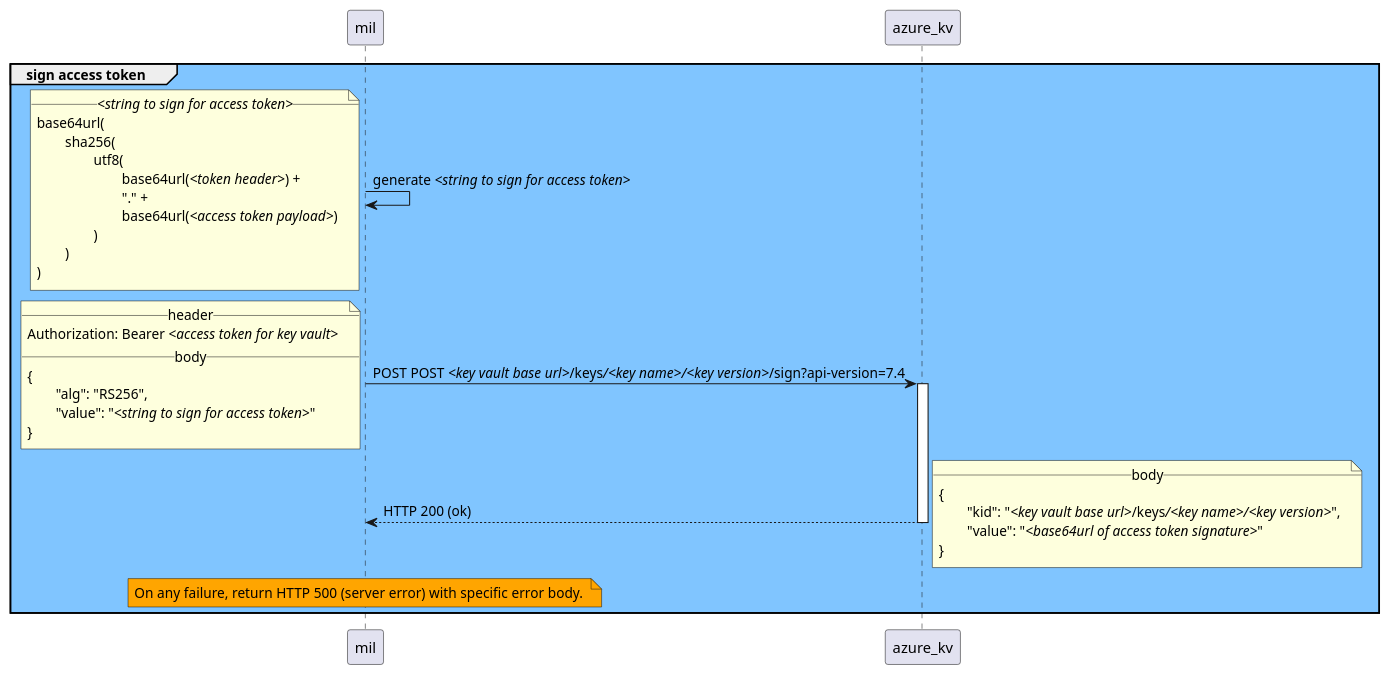
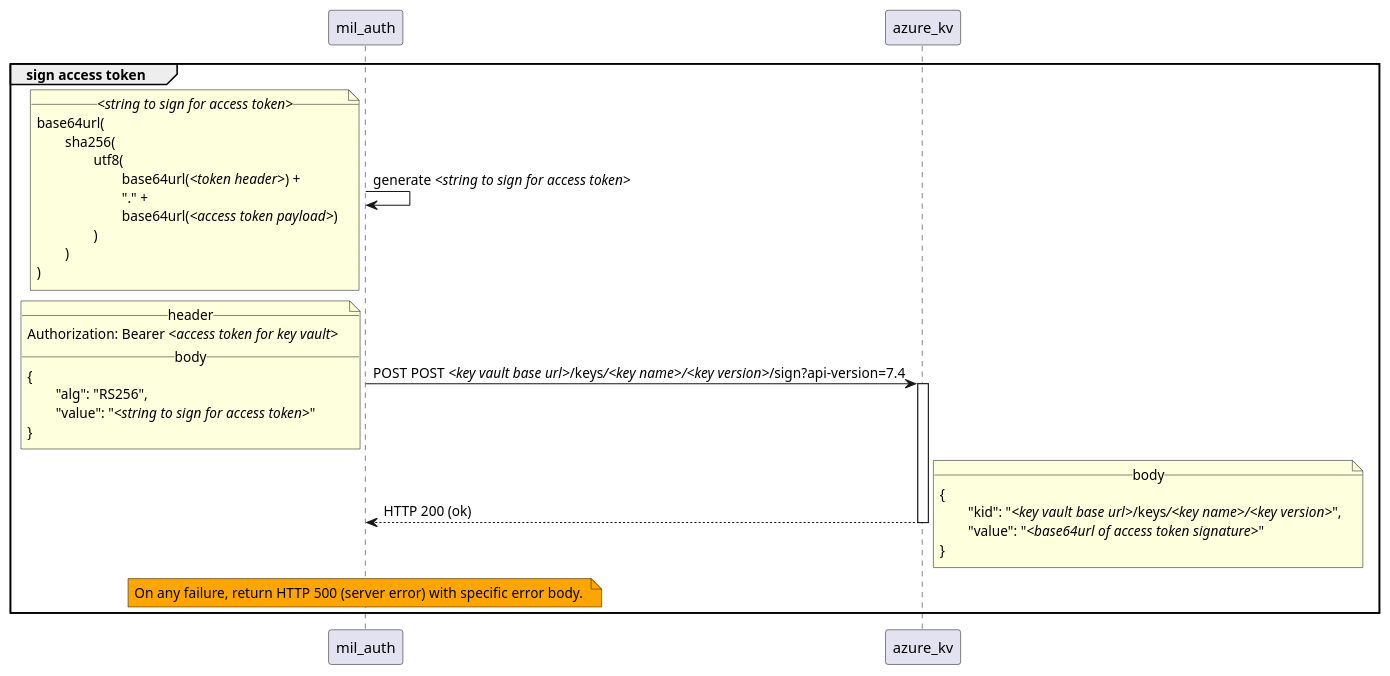
Before and after one commit to pagopa/mil-diags: the diagram in sequence_diags/pagoPA/pos_management/sign_access_token.puml, drawn with PlantUML. The commit also changed 37 other files, not shown here.

```diff
--- a/sequence_diags/pagoPA/pos_management/sign_access_token.puml
+++ b/sequence_diags/pagoPA/pos_management/sign_access_token.puml
@@ -1,39 +1,39 @@
-group #80C5FF sign access token
-	mil -> mil : generate //<string to sign for access token>//
+group sign access token
+	mil_auth -> mil_auth : generate //<string to sign for access token>//
 		note left
 			__//<string to sign for access token>//__
 			base64url(
 				sha256(
 					utf8(
 						base64url(//<token header>//) +
 						"." +
 						base64url(//<access token payload>//)
 					)
 				)
 			)
 		end note
 
-	mil -> azure_kv ++ : POST POST //<key vault base url>///keys///<key name>/////<key version>///sign?api-version=7.4
+	mil_auth -> azure_kv ++ : POST POST //<key vault base url>///keys///<key name>/////<key version>///sign?api-version=7.4
 		note left
 			__header__
 			Authorization: Bearer //<access token for key vault>//
 			__body__
 			{
 				"alg": "RS256",
 				"value": "//<string to sign for access token>//"
 			}
 		end note
 
-	azure_kv --> mil -- : HTTP 200 (ok)
+	azure_kv --> mil_auth -- : HTTP 200 (ok)
 		note right
 			__body__
 			{
 				"kid": "//<key vault base url>///keys///<key name>/////<key version>//",
 				"value": "//<base64url of access token signature>//"
 			}
 		end note
 	
-	note over mil #Orange
+	note over mil_auth #Orange
 		On any failure, return HTTP 500 (server error) with specific error body. 
 	end note
 end
```
